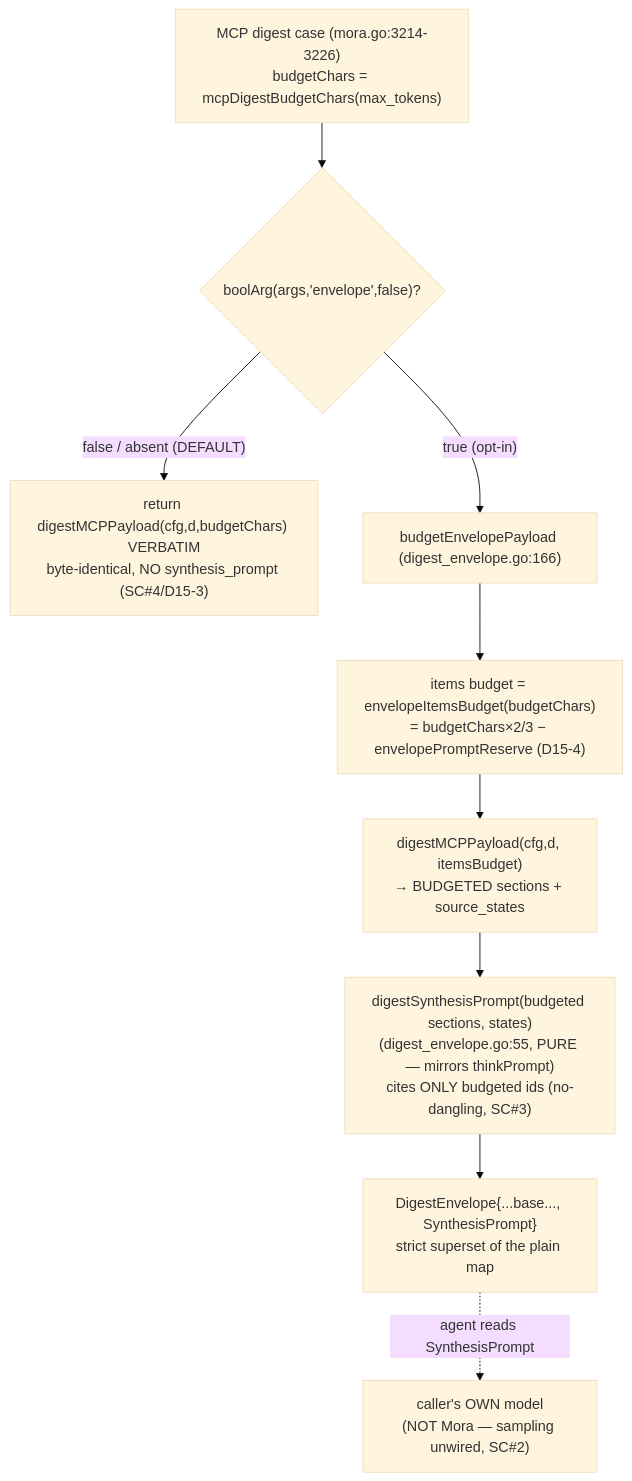
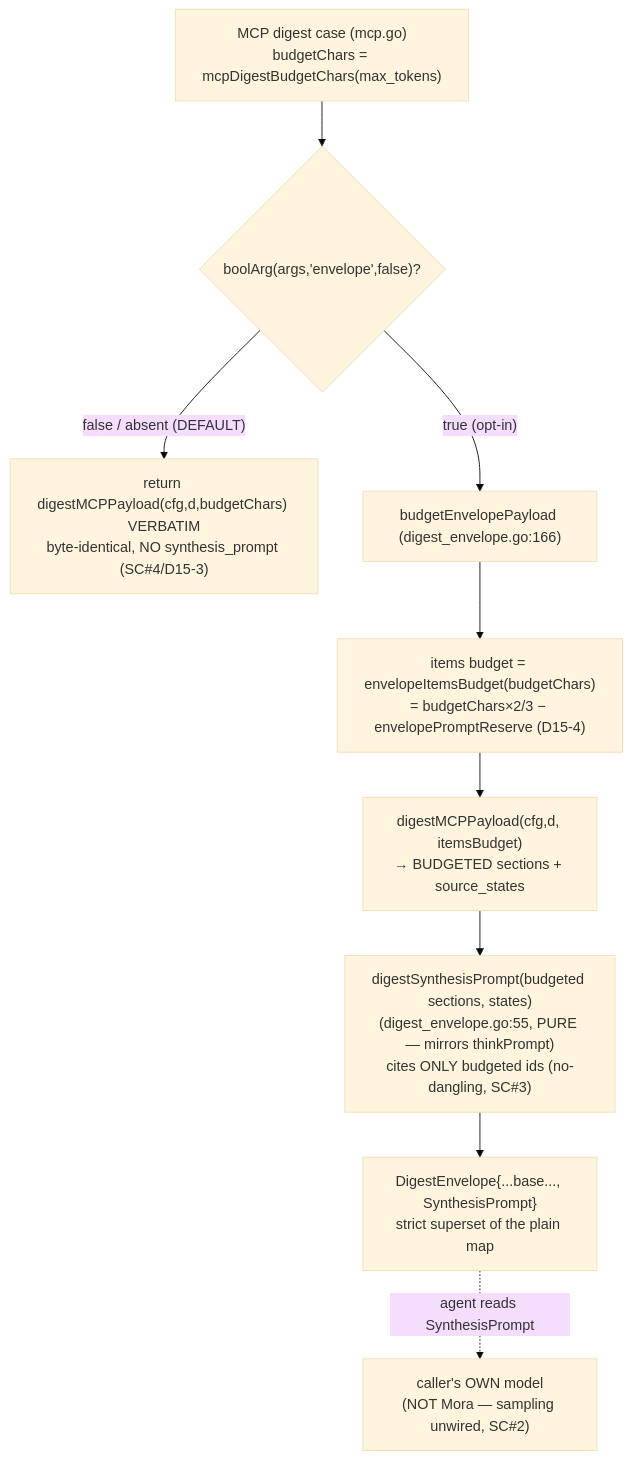
Before and after one commit to pyranthus-hq/mora: the fourth of 6 diagrams in docs/architecture/07-synthesis-think-digest.md, drawn with Mermaid (base theme). The commit also changed other lines of this file and 4 other files, not shown here.

Commit message:
docs(architecture): retarget MCP server citations to mcp.go

````diff
--- a/docs/architecture/07-synthesis-think-digest.md
+++ b/docs/architecture/07-synthesis-think-digest.md
@@ -328,11 +328,11 @@
 ```mermaid
 flowchart TD
-  CASE["MCP digest case (mora.go:3214-3226)<br/>budgetChars = mcpDigestBudgetChars(max_tokens)"] --> ENVQ{"boolArg(args,'envelope',false)?"}
+  CASE["MCP digest case (mcp.go)<br/>budgetChars = mcpDigestBudgetChars(max_tokens)"] --> ENVQ{"boolArg(args,'envelope',false)?"}
   ENVQ -->|"false / absent (DEFAULT)"| PLAIN["return digestMCPPayload(cfg,d,budgetChars) VERBATIM<br/>byte-identical, NO synthesis_prompt (SC#4/D15-3)"]
   ENVQ -->|"true (opt-in)"| ASM["budgetEnvelopePayload (digest_envelope.go:166)"]
   ASM --> IB["items budget = envelopeItemsBudget(budgetChars)<br/>= budgetChars×2/3 − envelopePromptReserve (D15-4)"]
   IB --> PAY["digestMCPPayload(cfg,d, itemsBudget)<br/>→ BUDGETED sections + source_states"]
   PAY --> PR["digestSynthesisPrompt(budgeted sections, states)<br/>(digest_envelope.go:55, PURE — mirrors thinkPrompt)<br/>cites ONLY budgeted ids (no-dangling, SC#3)"]
   PR --> ENV["DigestEnvelope{...base..., SynthesisPrompt}<br/>strict superset of the plain map"]
   ENV -.->|agent reads SynthesisPrompt| MODEL["caller's OWN model<br/>(NOT Mora — sampling unwired, SC#2)"]
 ```
````
